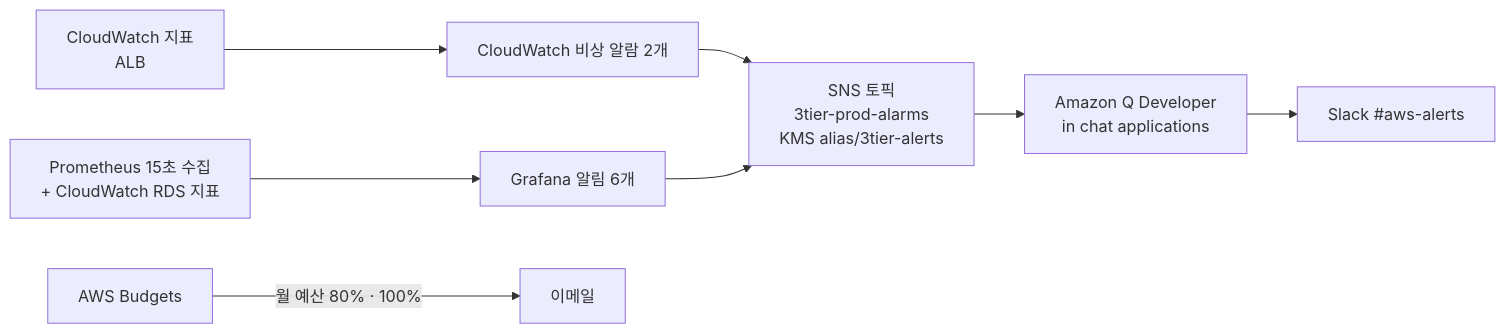
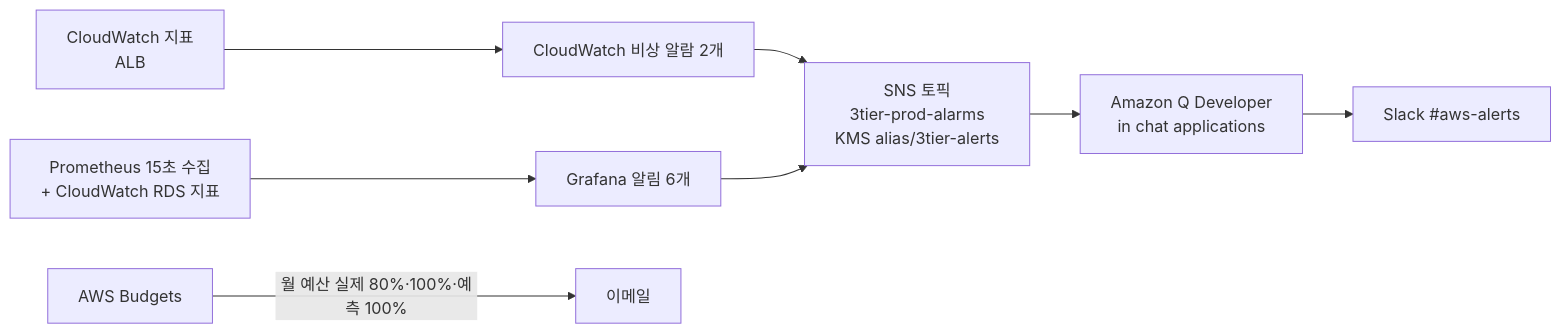
Before and after one commit to DDongHyun00/3-tier-terraform-ecs: the fourth of 4 diagrams in docs/architecture.md, drawn with Mermaid. The commit also changed other lines of this file and 16 other files, not shown here.

````diff
--- a/docs/architecture.md
+++ b/docs/architecture.md
@@ -107,10 +109,10 @@
 ```mermaid
 flowchart LR
     M[CloudWatch 지표<br/>ALB] --> AL[CloudWatch 비상 알람 2개]
     P[Prometheus 15초 수집<br/>+ CloudWatch RDS 지표] --> G[Grafana 알림 6개]
     AL --> SNS
     G --> SNS[SNS 토픽<br/>3tier-prod-alarms<br/>KMS alias/3tier-alerts]
     SNS --> Q[Amazon Q Developer<br/>in chat applications]
     Q --> SL[Slack #aws-alerts]
-    B[AWS Budgets] -->|월 예산 80% · 100%| MAIL[이메일]
+    B[AWS Budgets] -->|월 예산 실제 80%·100%·예측 100%| MAIL[이메일]
 ```
````
